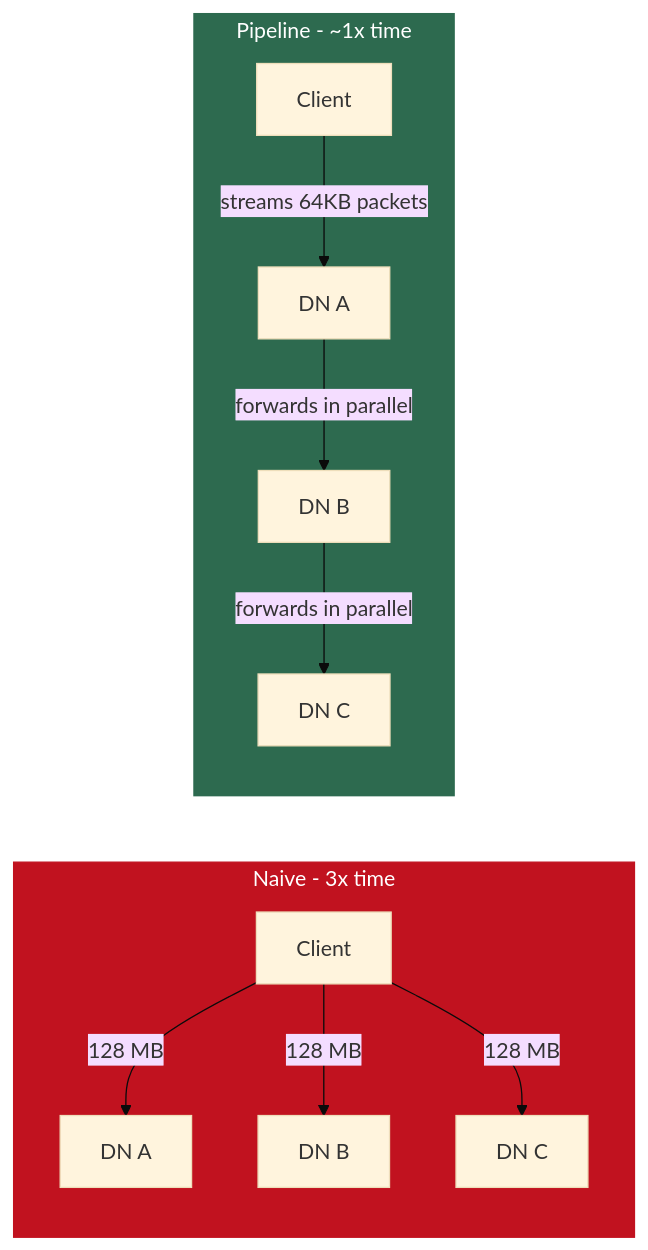
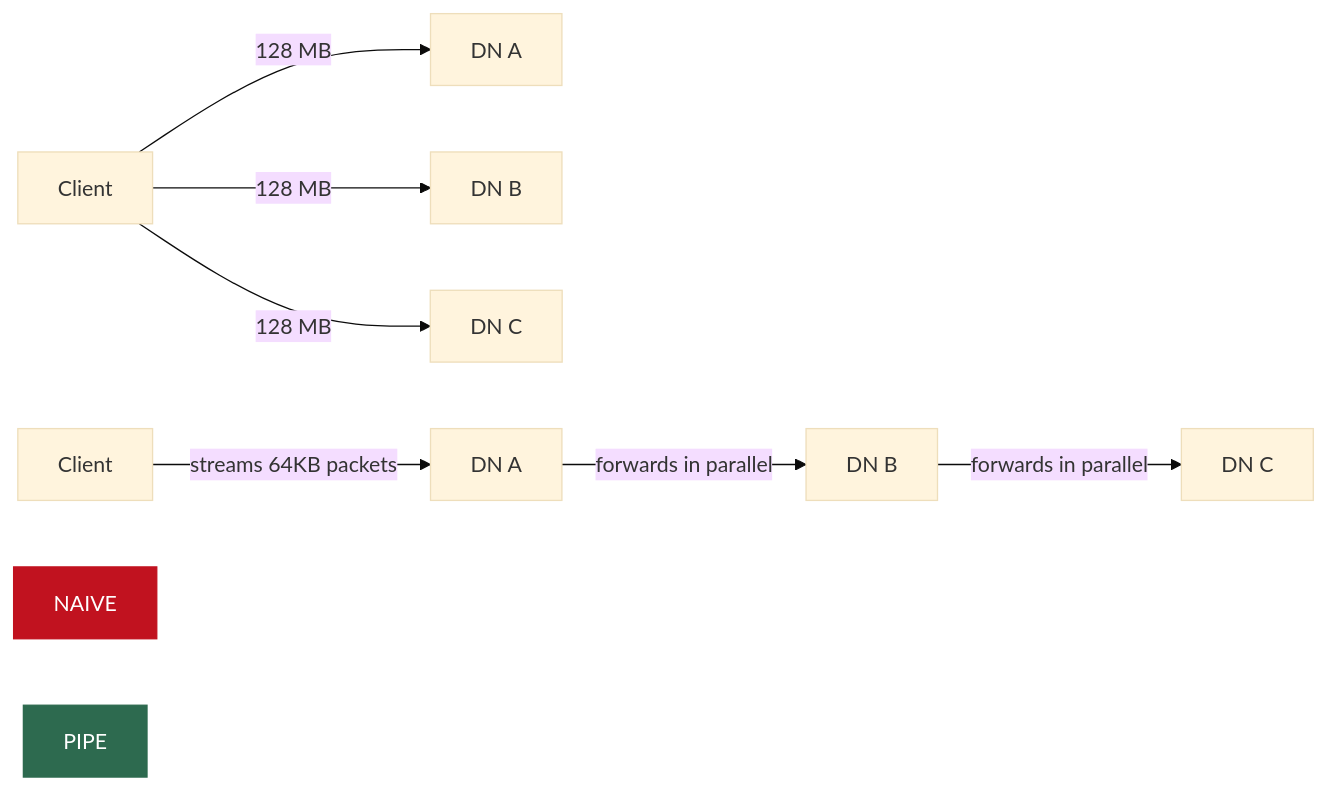
Before and after one commit to MuhammadTahaNasir/Big-Data-Analytics-Notes: the eighth of 15 diagrams in Week6/Lecture1_HDFS_Architecture_NameNode_DataNodes_Replication.md, drawn with Mermaid (base theme). The commit also changed other lines of this file, not shown here.

First line of the commit message:
Create lecture notes for HDFS architecture

````diff
--- a/Week6/Lecture1_HDFS_Architecture_NameNode_DataNodes_Replication.md
+++ b/Week6/Lecture1_HDFS_Architecture_NameNode_DataNodes_Replication.md
@@ -285,16 +285,12 @@
 ```mermaid
 flowchart LR
-    subgraph NAIVE[Naive - 3x time]
         NC[Client] -->|128 MB| NA[DN A]
         NC -->|128 MB| NB[DN B]
         NC -->|128 MB| ND[DN C]
-    end
-    subgraph PIPE[Pipeline - ~1x time]
         PC[Client] -->|streams 64KB packets| PA[DN A]
         PA -->|forwards in parallel| PB[DN B]
         PB -->|forwards in parallel| PD[DN C]
-    end
 
     style NAIVE fill:#c1121f,color:#fff,stroke:#c1121f
     style PIPE fill:#2d6a4f,color:#fff,stroke:#2d6a4f
 ```
````
